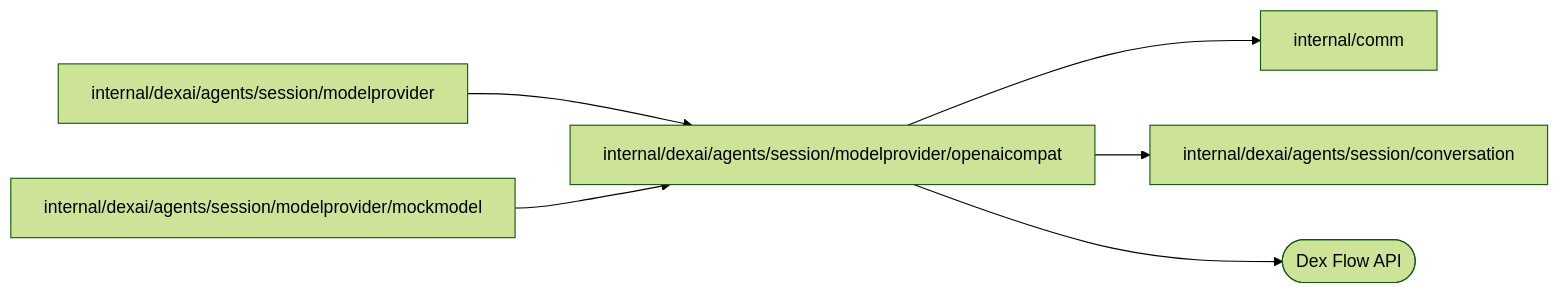
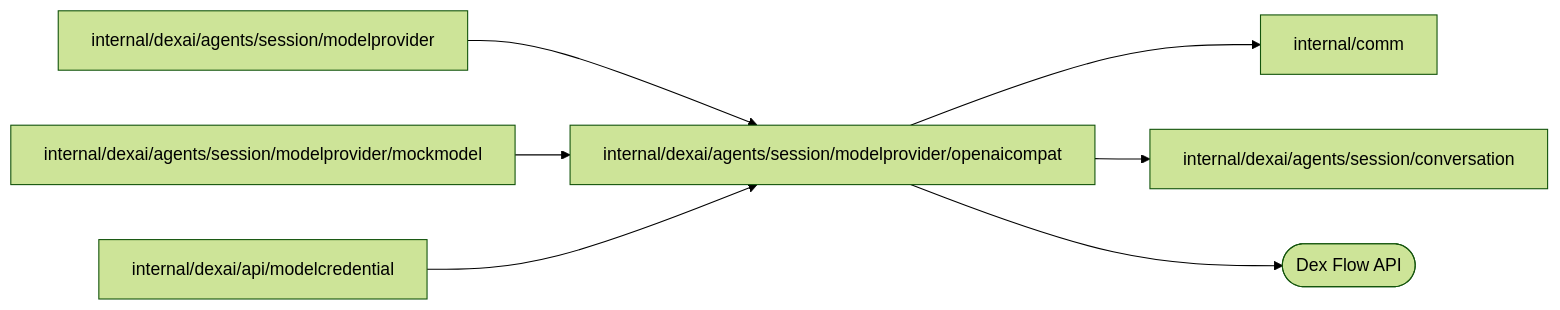
The diagram in internal/dexai/agents/session/modelprovider/openaicompat/README.md (superdurable/superverse), drawn with Mermaid (forest theme) before and after one commit. The commit also changed other lines of this file and 75 other files, not shown here.

````diff
--- a/internal/dexai/agents/session/modelprovider/openaicompat/README.md
+++ b/internal/dexai/agents/session/modelprovider/openaicompat/README.md
@@ -10,9 +10,10 @@
 ```mermaid
 flowchart LR
   self["internal/dexai/agents/session/modelprovider/openaicompat"]
   c0["internal/dexai/agents/session/modelprovider"] --> self
   c1["internal/dexai/agents/session/modelprovider/mockmodel"] --> self
+  c2["internal/dexai/api/modelcredential"] --> self
   self --> d0["internal/comm"]
   self --> d1["internal/dexai/agents/session/conversation"]
   self --> e0(["Dex Flow API"])
 ```
````
